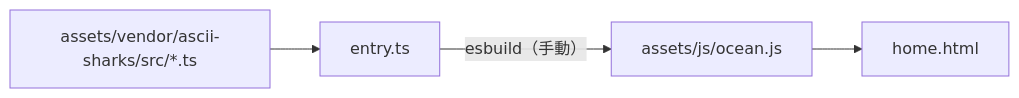
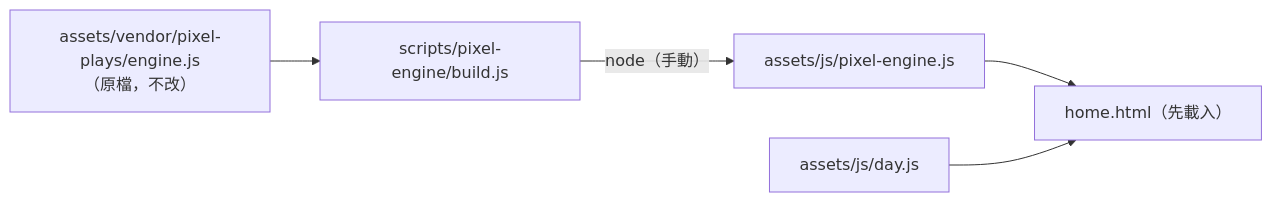
One commit to laiyenju/laiyenju.github.io changed the third of 3 diagrams in README.md. Above: the diagram before and after it, drawn with Mermaid. The commit also changed other lines of this file and 15 other files, not shown here.

First line of the commit message:
Rebuild the homepage around one pixel building a day

````diff
--- a/README.md
+++ b/README.md
@@ -171,6 +212,7 @@
 ```mermaid
 flowchart LR
-  S["assets/vendor/ascii-sharks/src/*.ts"] --> E["entry.ts"]
-  E -- "esbuild（手動）" --> O["assets/js/ocean.js"]
-  O --> H["home.html"]
+  V["assets/vendor/pixel-plays/engine.js<br/>（原檔，不改）"] --> B["scripts/pixel-engine/build.js"]
+  B -- "node（手動）" --> O["assets/js/pixel-engine.js"]
+  O --> H["home.html（先載入）"]
+  D["assets/js/day.js"] --> H
 ```
````
